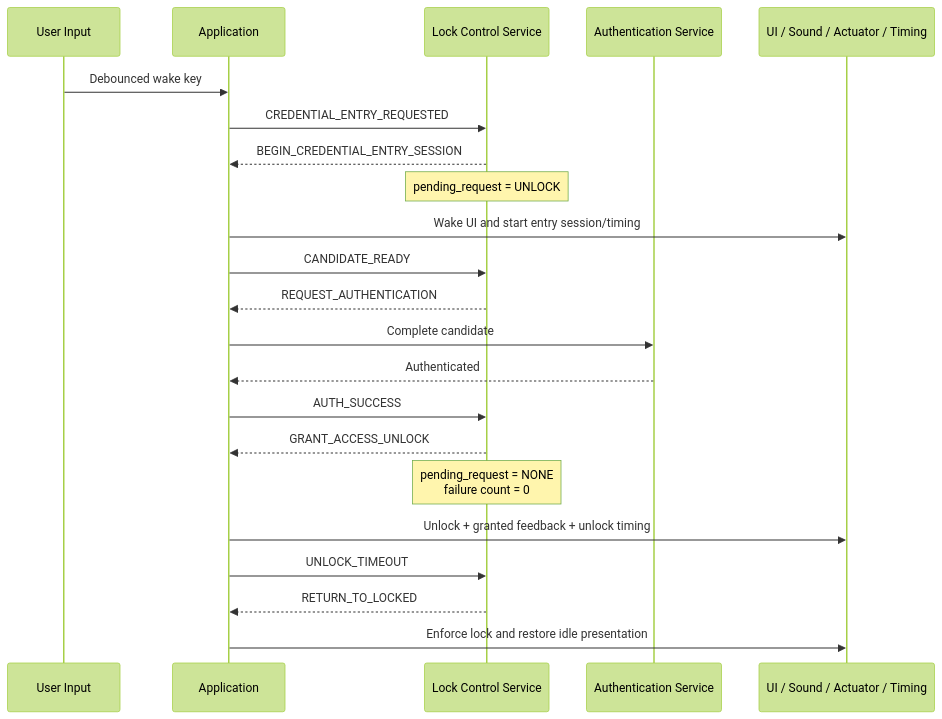
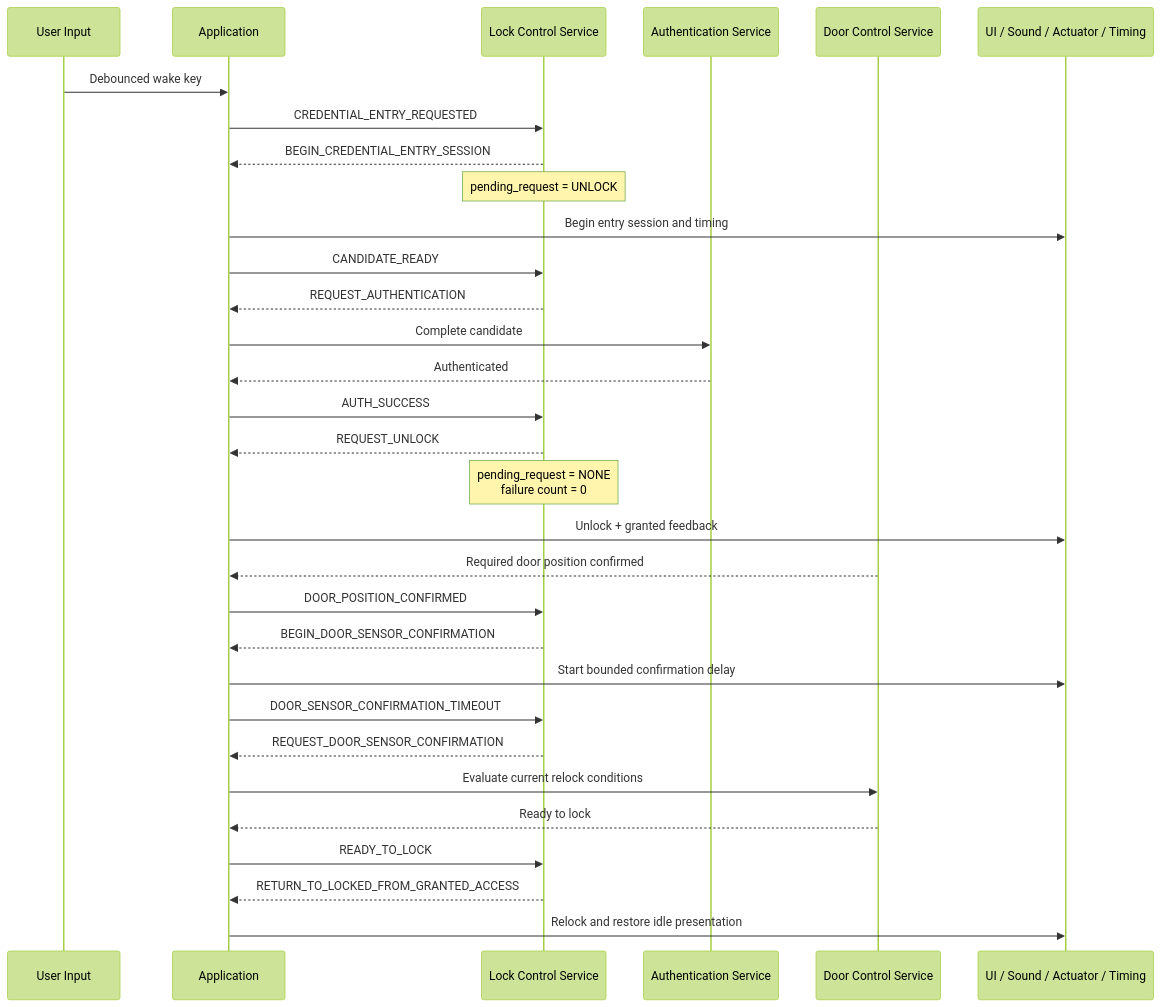
One commit to JP-REY/STM32F103C8T6-Based-Electronic-Lock changed the fifth of 7 diagrams in Libs/Services/Lock_Control/README.md. Above: the diagram before and after it, drawn with Mermaid (forest theme). The commit also changed other lines of this file and 2 other files, not shown here.

First line of the commit message:
feature(lock-control): add door-aware relock flow

````diff
--- a/Libs/Services/Lock_Control/README.md
+++ b/Libs/Services/Lock_Control/README.md
@@ -1030,25 +1115,37 @@
 ```mermaid
 sequenceDiagram
     participant U as User Input
     participant APP as Application
     participant LCS as Lock Control Service
     participant AUTH as Authentication Service
+    participant DCS as Door Control Service
     participant FX as UI / Sound / Actuator / Timing
 
     U->>APP: Debounced wake key
     APP->>LCS: CREDENTIAL_ENTRY_REQUESTED
     LCS-->>APP: BEGIN_CREDENTIAL_ENTRY_SESSION
     Note over LCS: pending_request = UNLOCK
-    APP->>FX: Wake UI and start entry session/timing
+    APP->>FX: Begin entry session and timing
+
     APP->>LCS: CANDIDATE_READY
     LCS-->>APP: REQUEST_AUTHENTICATION
     APP->>AUTH: Complete candidate
     AUTH-->>APP: Authenticated
     APP->>LCS: AUTH_SUCCESS
-    LCS-->>APP: GRANT_ACCESS_UNLOCK
+    LCS-->>APP: REQUEST_UNLOCK
     Note over LCS: pending_request = NONE<br/>failure count = 0
-    APP->>FX: Unlock + granted feedback + unlock timing
-    APP->>LCS: UNLOCK_TIMEOUT
-    LCS-->>APP: RETURN_TO_LOCKED
-    APP->>FX: Enforce lock and restore idle presentation
+    APP->>FX: Unlock + granted feedback
+
+    DCS-->>APP: Required door position confirmed
+    APP->>LCS: DOOR_POSITION_CONFIRMED
+    LCS-->>APP: BEGIN_DOOR_SENSOR_CONFIRMATION
+    APP->>FX: Start bounded confirmation delay
+
+    APP->>LCS: DOOR_SENSOR_CONFIRMATION_TIMEOUT
+    LCS-->>APP: REQUEST_DOOR_SENSOR_CONFIRMATION
+    APP->>DCS: Evaluate current relock conditions
+    DCS-->>APP: Ready to lock
+    APP->>LCS: READY_TO_LOCK
+    LCS-->>APP: RETURN_TO_LOCKED_FROM_GRANTED_ACCESS
+    APP->>FX: Relock and restore idle presentation
 ```
````
